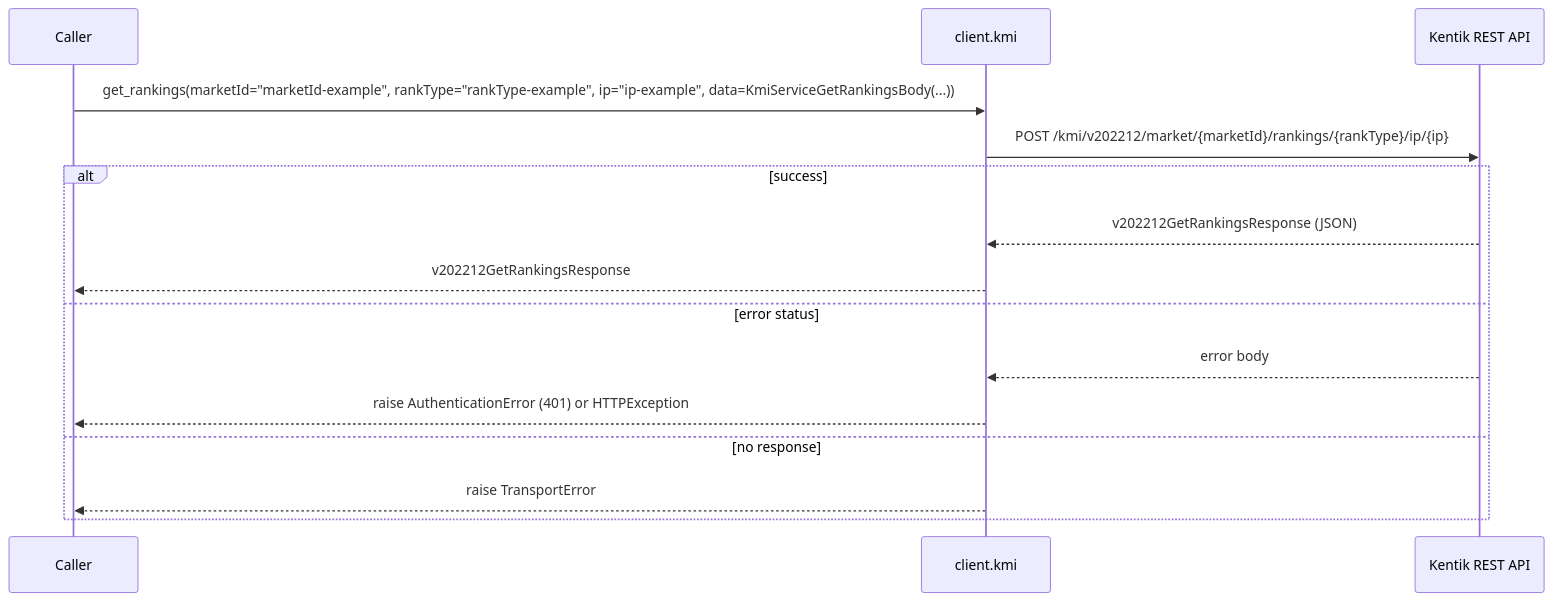
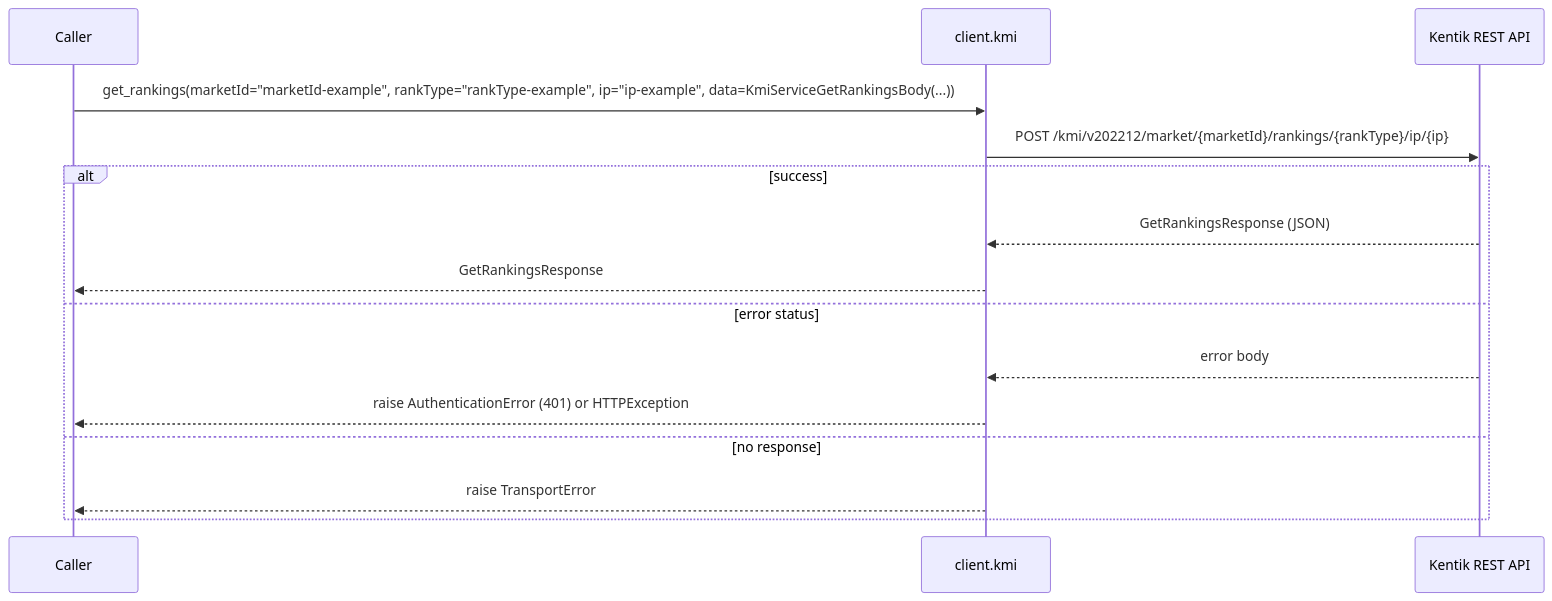
The eighth of 12 diagrams in docs/sphinx/services/kmi.md (alexdearaujo/community_sdk_python), drawn with Mermaid before and after one commit. The commit also changed other lines of this file and 38 other files, not shown here.

````diff
--- a/docs/sphinx/services/kmi.md
+++ b/docs/sphinx/services/kmi.md
@@ -281,18 +281,18 @@
 ```mermaid
 sequenceDiagram
     participant C as Caller
     participant W as client.kmi
     participant API as Kentik REST API
 
     C->>W: get_rankings(marketId="marketId-example", rankType="rankType-example", ip="ip-example", data=KmiServiceGetRankingsBody(...))
     W->>API: POST /kmi/v202212/market/{marketId}/rankings/{rankType}/ip/{ip}
     alt success
-        API-->>W: v202212GetRankingsResponse (JSON)
-        W-->>C: v202212GetRankingsResponse
+        API-->>W: GetRankingsResponse (JSON)
+        W-->>C: GetRankingsResponse
     else error status
         API-->>W: error body
         W-->>C: raise AuthenticationError (401) or HTTPException
     else no response
         W-->>C: raise TransportError
     end
 ```
````
